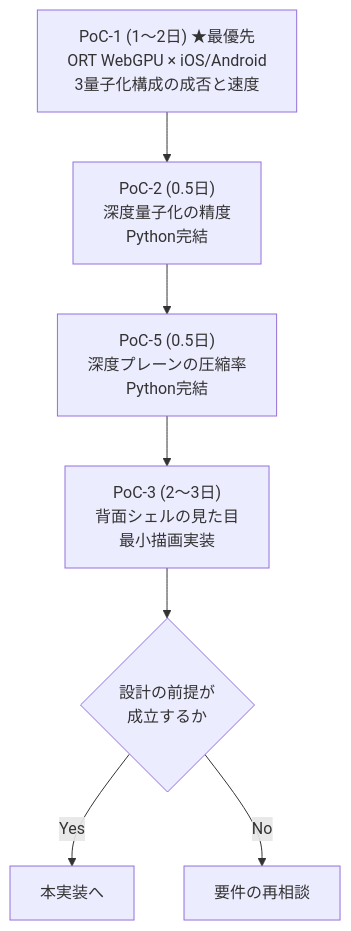
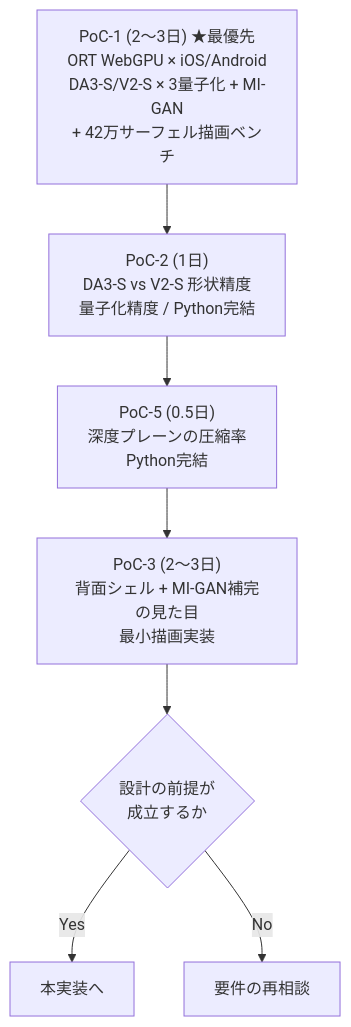
One commit to sakanayuki/cc_create3dgs changed the diagram in docs/08-risks.md. Above: the diagram before and after it, drawn with Mermaid. The commit also changed other lines of this file and 9 other files, not shown here.

````diff
--- a/docs/08-risks.md
+++ b/docs/08-risks.md
@@ -207,14 +253,14 @@
 ```mermaid
 flowchart TB
-    P1["PoC-1 (1〜2日) ★最優先<br/>ORT WebGPU × iOS/Android<br/>3量子化構成の成否と速度"]
-    P2["PoC-2 (0.5日)<br/>深度量子化の精度<br/>Python完結"]
+    P1["PoC-1 (2〜3日) ★最優先<br/>ORT WebGPU × iOS/Android<br/>DA3-S/V2-S × 3量子化 + MI-GAN<br/>+ 42万サーフェル描画ベンチ"]
+    P2["PoC-2 (1日)<br/>DA3-S vs V2-S 形状精度<br/>量子化精度 / Python完結"]
     P5["PoC-5 (0.5日)<br/>深度プレーンの圧縮率<br/>Python完結"]
-    P3["PoC-3 (2〜3日)<br/>背面シェルの見た目<br/>最小描画実装"]
+    P3["PoC-3 (2〜3日)<br/>背面シェル + MI-GAN補完の見た目<br/>最小描画実装"]
     GO{"設計の前提が<br/>成立するか"}
     IMPL["本実装へ"]
     REDESIGN["要件の再相談"]
 
     P1 --> P2 --> P5 --> P3 --> GO
     GO -->|Yes| IMPL
     GO -->|No| REDESIGN
 ```
````
